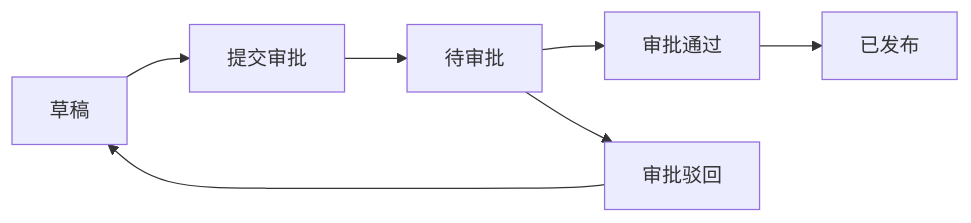
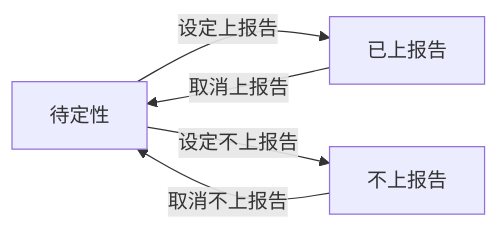
One commit to loengchiu/ShitPM2 changed the fifth of 7 diagrams in test-fixture/output/prd/prd.md. Above: the diagram before and after it, drawn with Mermaid. The commit also changed other lines of this file and 19 other files, not shown here.

````diff
--- a/test-fixture/output/prd/prd.md
+++ b/test-fixture/output/prd/prd.md
@@ -841,9 +555,7 @@
 ```mermaid
 flowchart LR
-    A[草稿] --> B[提交审批]
-    B --> C[待审批]
-    C --> D[审批通过]
-    C --> E[审批驳回]
-    D --> F[已发布]
-    E --> A
+    A[待定性] -->|设定上报告| B[已上报告]
+    A -->|设定不上报告| C[不上报告]
+    B -->|取消上报告| A
+    C -->|取消不上报告| A
 ```
````
